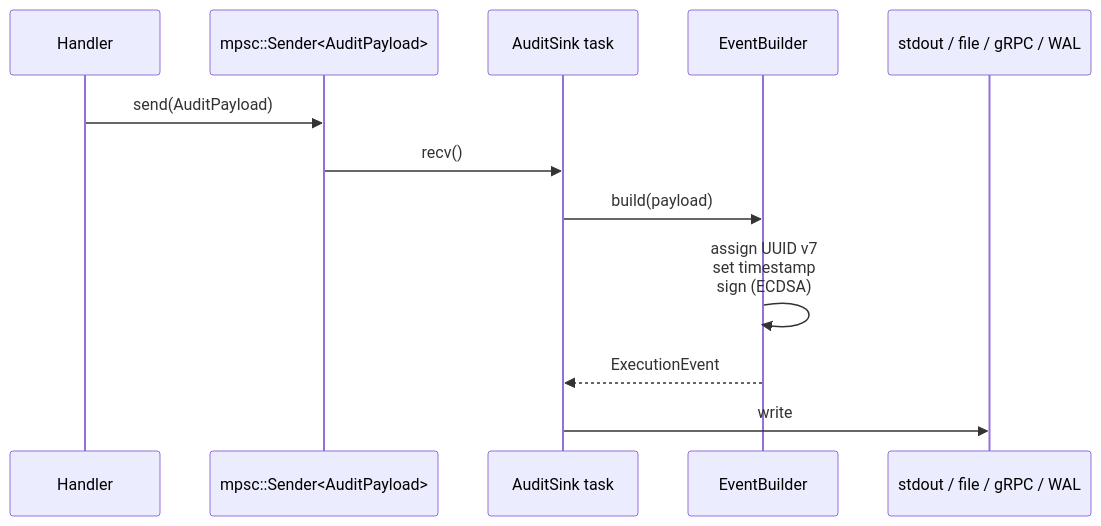
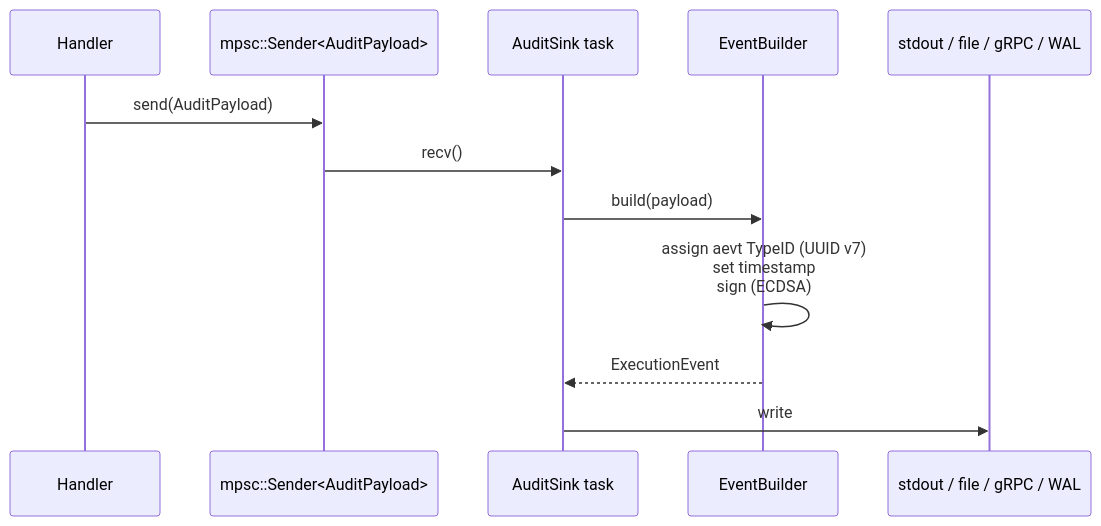
One commit to Firma-AI/openfirma changed the tenth of 10 diagrams in docs/architecture/sidecar-overview.md. Above: the diagram before and after it, drawn with Mermaid. The commit also changed other lines of this file and 1 other file, not shown here.

Commit message:
docs(audit): document event TypeIDs
Amp-Thread-ID: https://ampcode.com/threads/T-01a004f3-585b-7169-b12d-5529a9afd704

````diff
--- a/docs/architecture/sidecar-overview.md
+++ b/docs/architecture/sidecar-overview.md
@@ -603,15 +603,15 @@
 ```mermaid
 sequenceDiagram
     participant Handler
     participant Channel as mpsc::Sender<AuditPayload>
     participant Sink as AuditSink task
     participant Builder as EventBuilder
     participant Out as stdout / file / gRPC / WAL
 
     Handler->>Channel: send(AuditPayload)
     Channel->>Sink: recv()
     Sink->>Builder: build(payload)
-    Builder->>Builder: assign UUID v7<br/>set timestamp<br/>sign (ECDSA)
+    Builder->>Builder: assign aevt TypeID (UUID v7)<br/>set timestamp<br/>sign (ECDSA)
     Builder-->>Sink: ExecutionEvent
     Sink->>Out: write
 ```
````
